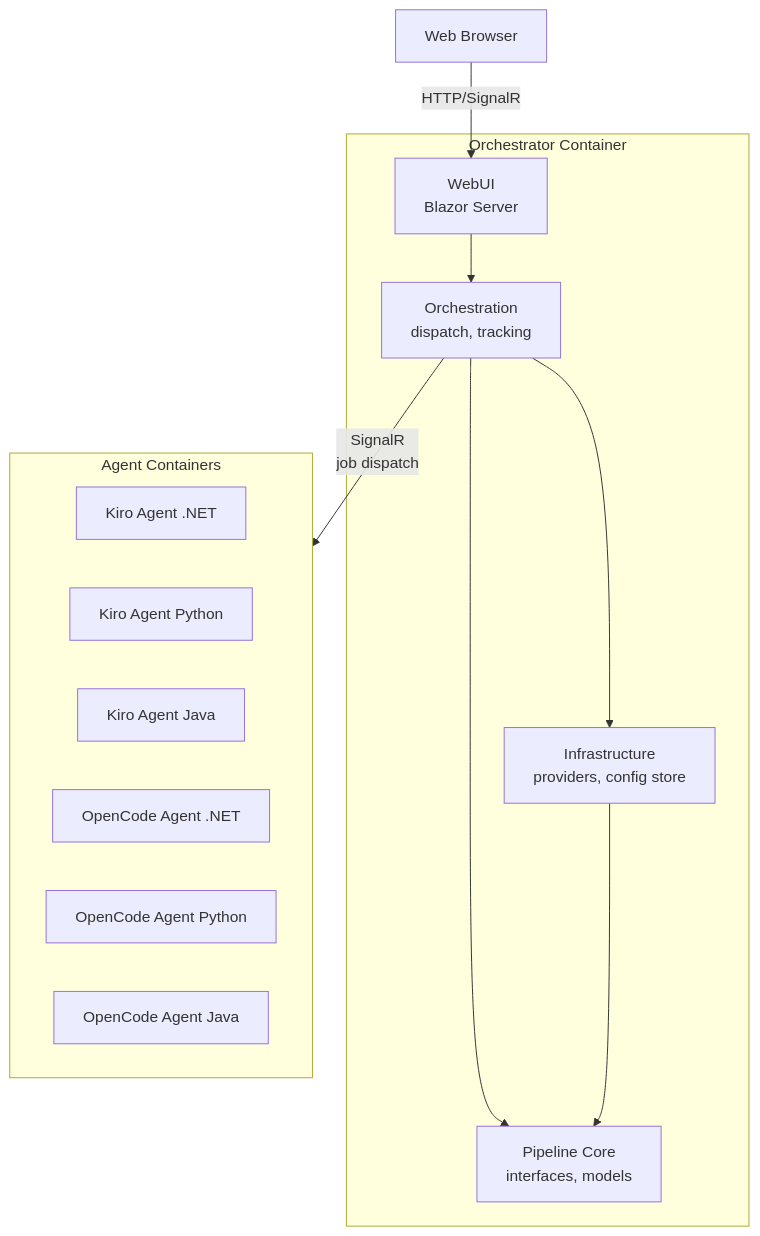
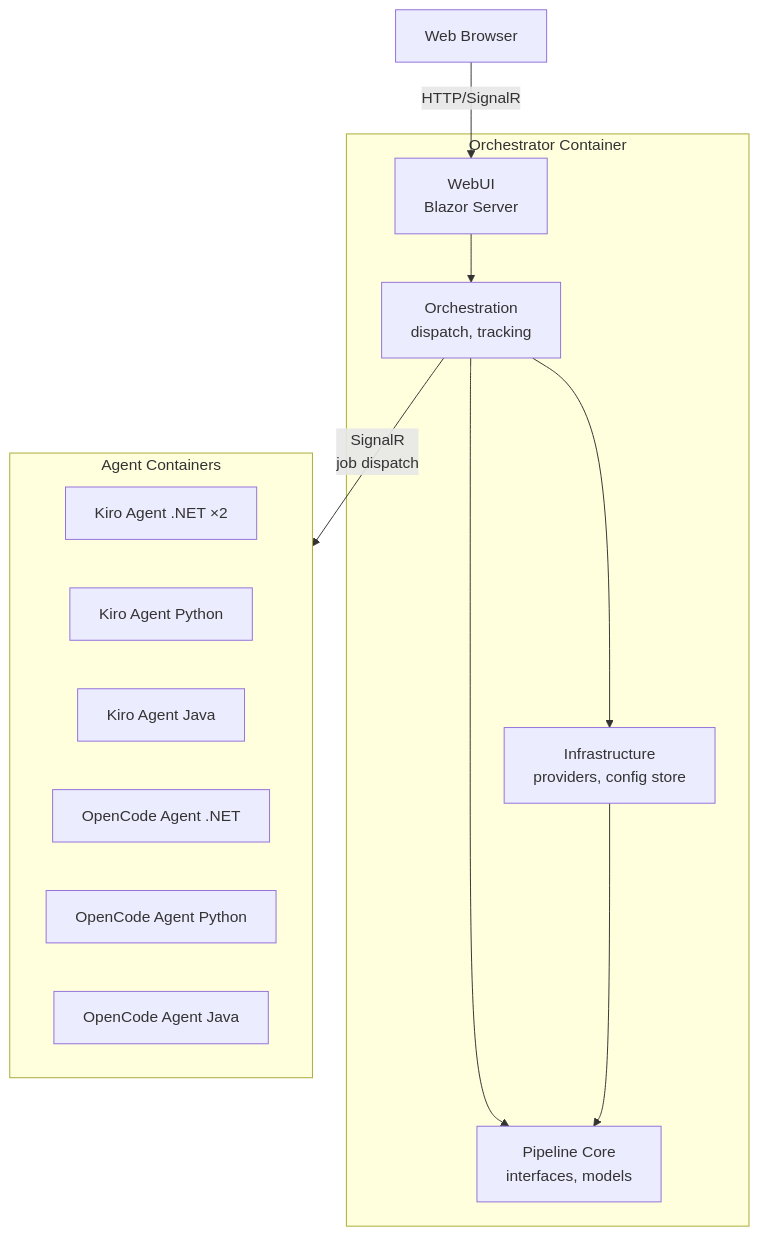
One commit to Chemsorly/coding-agent-automation changed the diagram in docs/deployment.md. Above: the diagram before and after it, drawn with Mermaid. The commit also changed other lines of this file and 2 other files, not shown here.

````diff
--- a/docs/deployment.md
+++ b/docs/deployment.md
@@ -7,27 +7,27 @@
 ```mermaid
 graph TB
     Browser[Web Browser]
     
     subgraph Orchestrator["Orchestrator Container"]
         WebUI[WebUI<br/>Blazor Server]
         Orch[Orchestration<br/>dispatch, tracking]
         Infra[Infrastructure<br/>providers, config store]
         Core[Pipeline Core<br/>interfaces, models]
     end
     
     subgraph Agents["Agent Containers"]
-        A1[Kiro Agent .NET]
+        A1[Kiro Agent .NET ×2]
         A2[Kiro Agent Python]
         A3[Kiro Agent Java]
         A4[OpenCode Agent .NET]
         A5[OpenCode Agent Python]
         A6[OpenCode Agent Java]
     end
     
     Browser -->|HTTP/SignalR| WebUI
     WebUI --> Orch
     Orch --> Infra
     Orch --> Core
     Infra --> Core
     Orch -->|SignalR<br/>job dispatch| Agents
 ```
````
